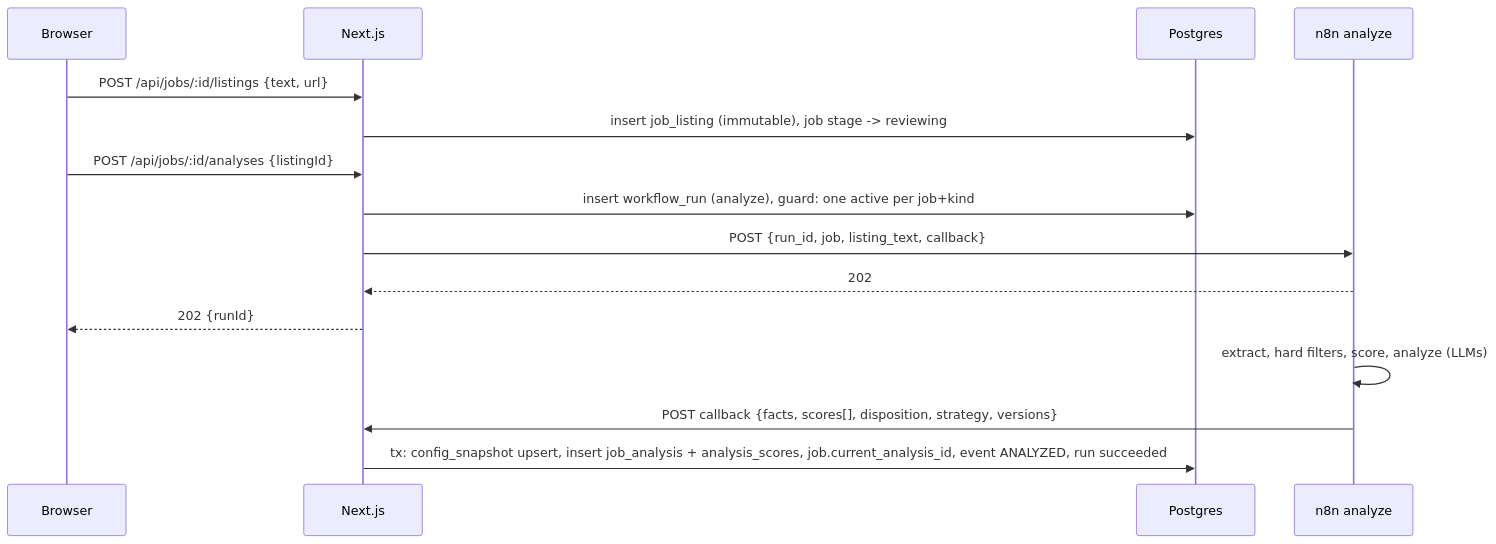
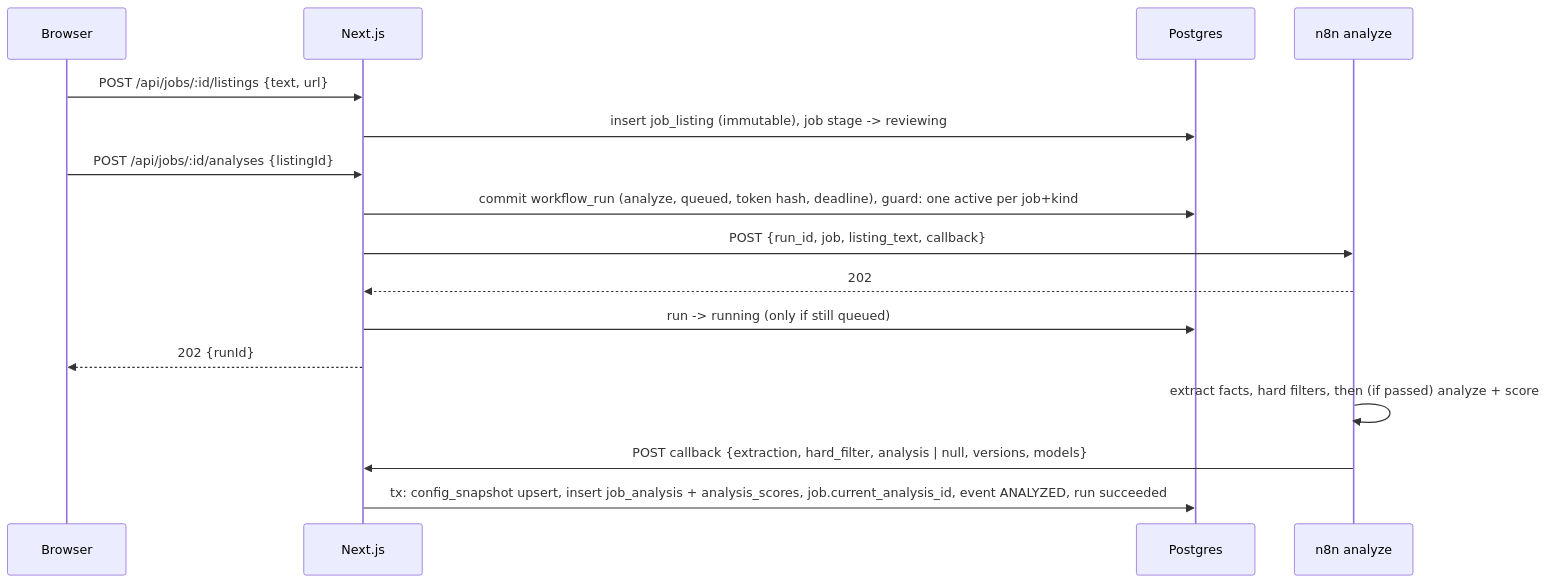
Before and after one commit to IntraWeb-Technology/upwork-command-center: the third of 7 diagrams in docs/architecture-proposal.md, drawn with Mermaid. The commit also changed other lines of this file and 1 other file, not shown here.

Commit message:
docs: validate architecture against n8n workflows

````diff
--- a/docs/architecture-proposal.md
+++ b/docs/architecture-proposal.md
@@ -108,17 +109,18 @@
 ```mermaid
 sequenceDiagram
   participant U as Browser
   participant N as Next.js
   participant DB as Postgres
   participant W as n8n analyze
   U->>N: POST /api/jobs/:id/listings {text, url}
   N->>DB: insert job_listing (immutable), job stage -> reviewing
   U->>N: POST /api/jobs/:id/analyses {listingId}
-  N->>DB: insert workflow_run (analyze), guard: one active per job+kind
+  N->>DB: commit workflow_run (analyze, queued, token hash, deadline), guard: one active per job+kind
   N->>W: POST {run_id, job, listing_text, callback}
   W-->>N: 202
+  N->>DB: run -> running (only if still queued)
   N-->>U: 202 {runId}
-  W->>W: extract, hard filters, score, analyze (LLMs)
-  W->>N: POST callback {facts, scores[], disposition, strategy, versions}
+  W->>W: extract facts, hard filters, then (if passed) analyze + score
+  W->>N: POST callback {extraction, hard_filter, analysis | null, versions, models}
   N->>DB: tx: config_snapshot upsert, insert job_analysis + analysis_scores, job.current_analysis_id, event ANALYZED, run succeeded
 ```
````
